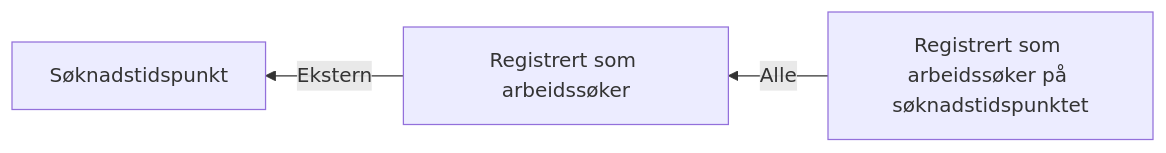
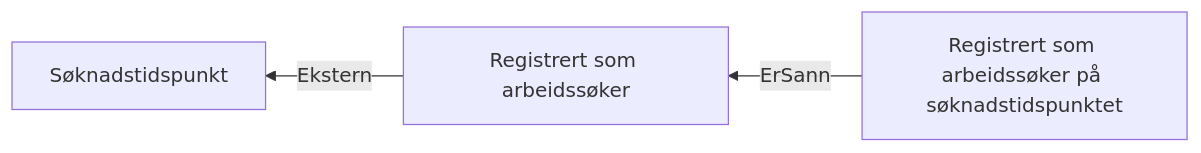
One commit to navikt/dp-vedtak changed the diagram in docs/regler/§ 4-8. Meldeplikt og møteplikt.approved.md. Above: the diagram before and after it, drawn with Mermaid. The commit also changed other lines of this file and 3 other files, not shown here.

````diff
--- a/docs/regler/§ 4-8. Meldeplikt og møteplikt.approved.md
+++ b/docs/regler/§ 4-8. Meldeplikt og møteplikt.approved.md
@@ -5,5 +5,5 @@
 ```mermaid
 graph RL
   A["Registrert som arbeidssøker"] -->|"Ekstern"| B["Søknadstidspunkt"]
-  C["Registrert som arbeidssøker på søknadstidspunktet"] -->|"Alle"| A["Registrert som arbeidssøker"]
+  C["Registrert som arbeidssøker på søknadstidspunktet"] -->|"ErSann"| A["Registrert som arbeidssøker"]
 ```
````
